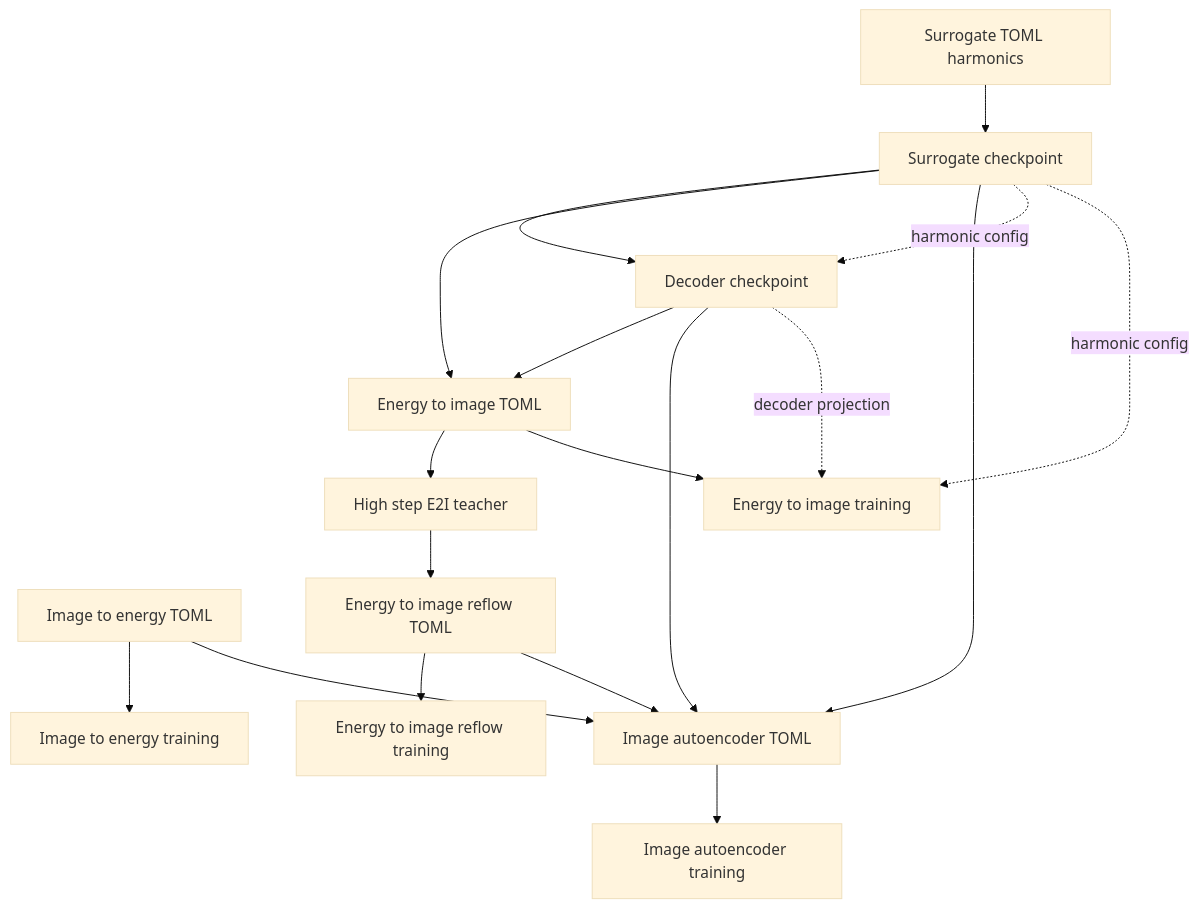
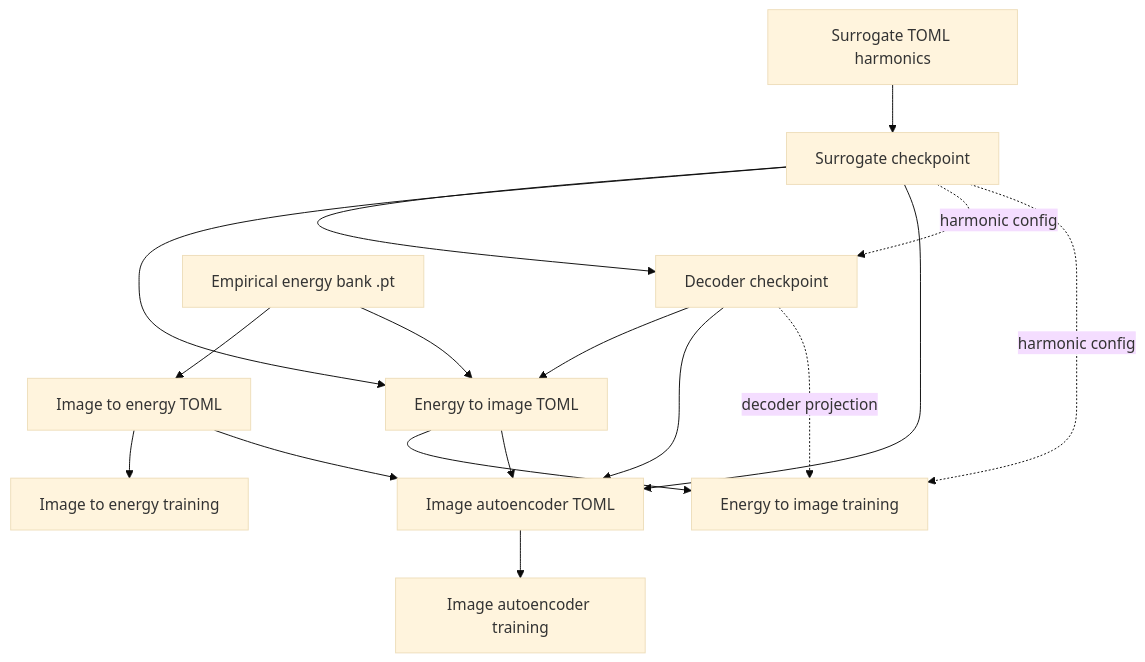
The third of 5 diagrams in doc/training-stack.md (matovitch/lpap), drawn with Mermaid (base theme) before and after one commit. The commit also changed other lines of this file and 28 other files, not shown here.

First line of the commit message:
Drop unused energy-to-image reflow and tidy energy-bank priors.

````diff
--- a/doc/training-stack.md
+++ b/doc/training-stack.md
@@ -69,29 +67,28 @@
 ```mermaid
 flowchart TD
     harmonics_config[Surrogate TOML harmonics]
     surrogate_ckpt[Surrogate checkpoint]
     decoder_ckpt[Decoder checkpoint]
     image_flow_config[Image to energy TOML]
     energy_flow_config[Energy to image TOML]
-    reflow_config[Energy to image reflow TOML]
+    energy_bank[Empirical energy bank .pt]
     image_autoencoder_config[Image autoencoder TOML]
 
     harmonics_config --> surrogate_ckpt
     surrogate_ckpt --> decoder_ckpt
     surrogate_ckpt --> energy_flow_config
     decoder_ckpt --> energy_flow_config
-    energy_flow_config --> e2i_teacher[High step E2I teacher]
-    e2i_teacher --> reflow_config
+    energy_bank --> image_flow_config
+    energy_bank --> energy_flow_config
     image_flow_config --> image_to_energy[Image to energy training]
     energy_flow_config --> energy_to_image[Energy to image training]
-    reflow_config --> energy_to_image_reflow[Energy to image reflow training]
     image_flow_config --> image_autoencoder_config
-    reflow_config --> image_autoencoder_config
+    energy_flow_config --> image_autoencoder_config
     surrogate_ckpt --> image_autoencoder_config
     decoder_ckpt --> image_autoencoder_config
     image_autoencoder_config --> image_autoencoder[Image autoencoder training]
 
     surrogate_ckpt -. harmonic config .-> decoder_ckpt
     surrogate_ckpt -. harmonic config .-> energy_to_image
     decoder_ckpt -. decoder projection .-> energy_to_image
 ```
````
